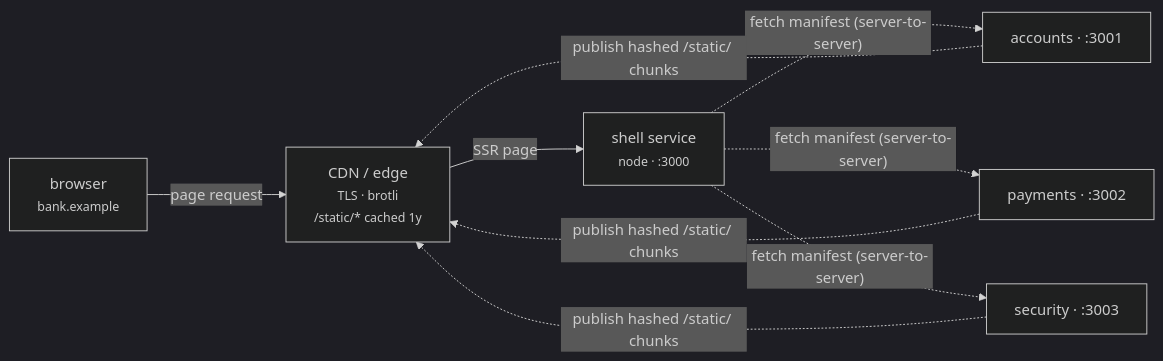
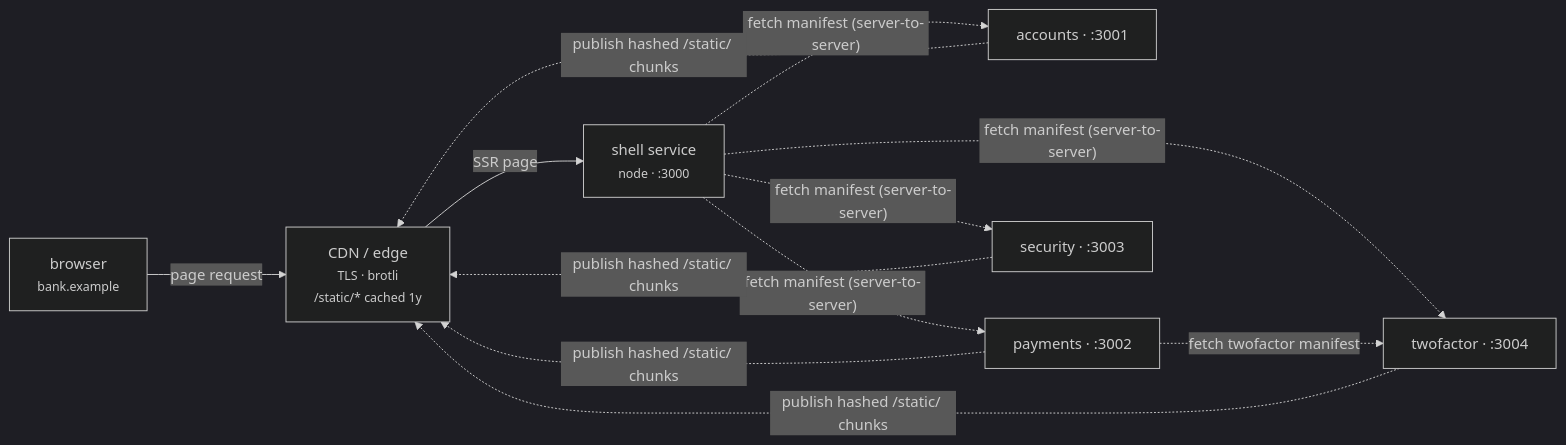
Before and after one commit to hakangenc1/MF-Modern.js-v3: the fourth of 4 diagrams in docs/ARCHITECTURE.md, drawn with Mermaid (dark theme). The commit also changed other lines of this file and 38 other files, not shown here.

````diff
--- a/docs/ARCHITECTURE.md
+++ b/docs/ARCHITECTURE.md
@@ -305,14 +306,16 @@
 ```mermaid
 flowchart LR
     BR["browser<br/><small>bank.example</small>"]
     CDN["CDN / edge<br/><small>TLS · brotli<br/>/static/* cached 1y</small>"]
     SHS["shell service<br/><small>node · :3000</small>"]
     AC["accounts · :3001"]
     PY["payments · :3002"]
     SC["security · :3003"]
+    TF["twofactor · :3004"]
 
     BR -->|"page request"| CDN
     CDN -->|"SSR page"| SHS
-    SHS -. "fetch manifest (server-to-server)" .-> AC & PY & SC
-    AC & PY & SC -. "publish hashed /static/ chunks" .-> CDN
+    SHS -. "fetch manifest (server-to-server)" .-> AC & PY & SC & TF
+    PY -. "fetch twofactor manifest" .-> TF
+    AC & PY & SC & TF -. "publish hashed /static/ chunks" .-> CDN
 ```
````
